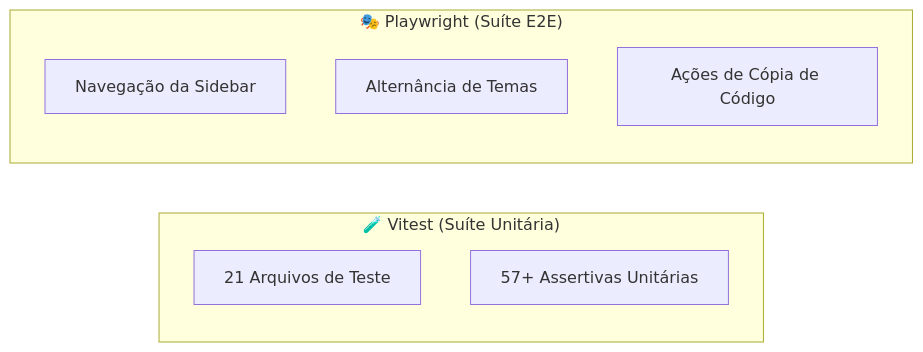
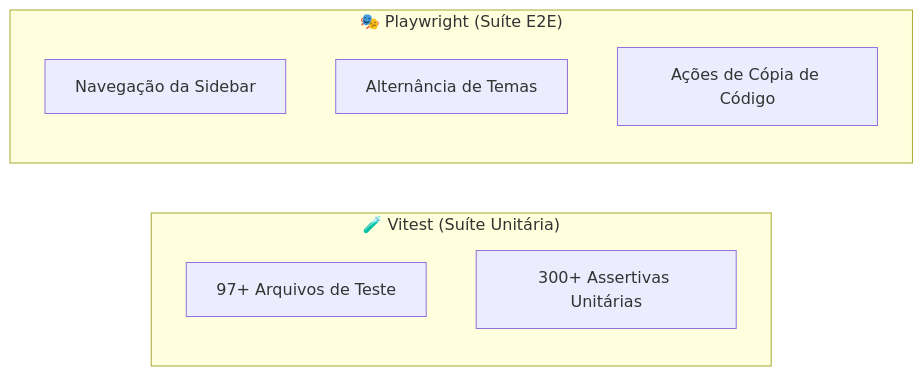
Before and after one commit to gui-bus/Bloom: the second of 2 diagrams in README.md, drawn with Mermaid. The commit also changed other lines of this file and 146 other files, not shown here.

````diff
--- a/README.md
+++ b/README.md
@@ -245,13 +247,13 @@
 ```mermaid
 flowchart LR
     subgraph Unit ["🧪 Vitest (Suíte Unitária)"]
-        U1["21 Arquivos de Teste"]
-        U2["57+ Assertivas Unitárias"]
+        U1["97+ Arquivos de Teste"]
+        U2["300+ Assertivas Unitárias"]
     end
 
     subgraph E2E ["🎭 Playwright (Suíte E2E)"]
         E1["Navegação da Sidebar"]
         E2["Alternância de Temas"]
         E3["Ações de Cópia de Código"]
     end
 ```
````
